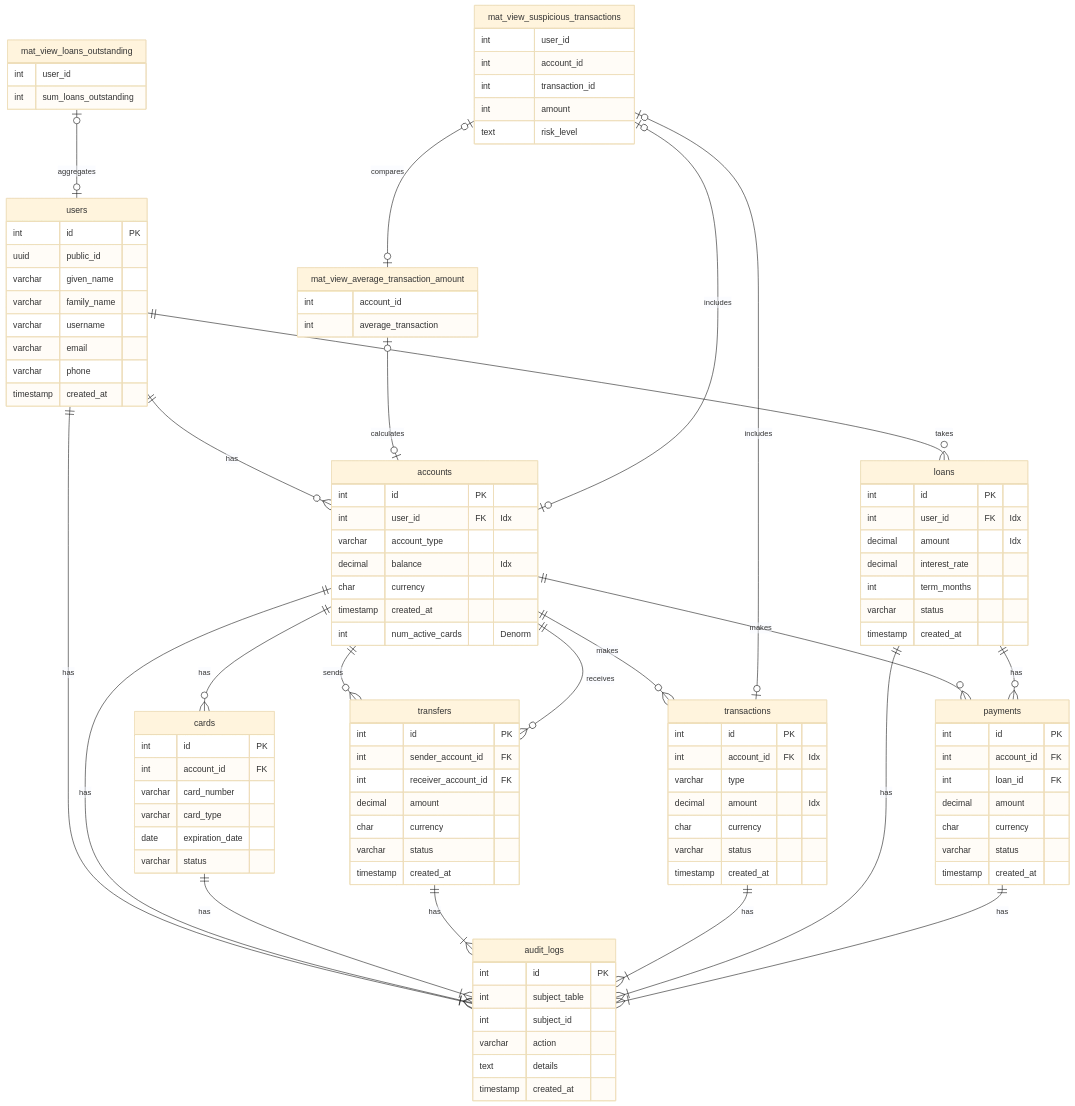
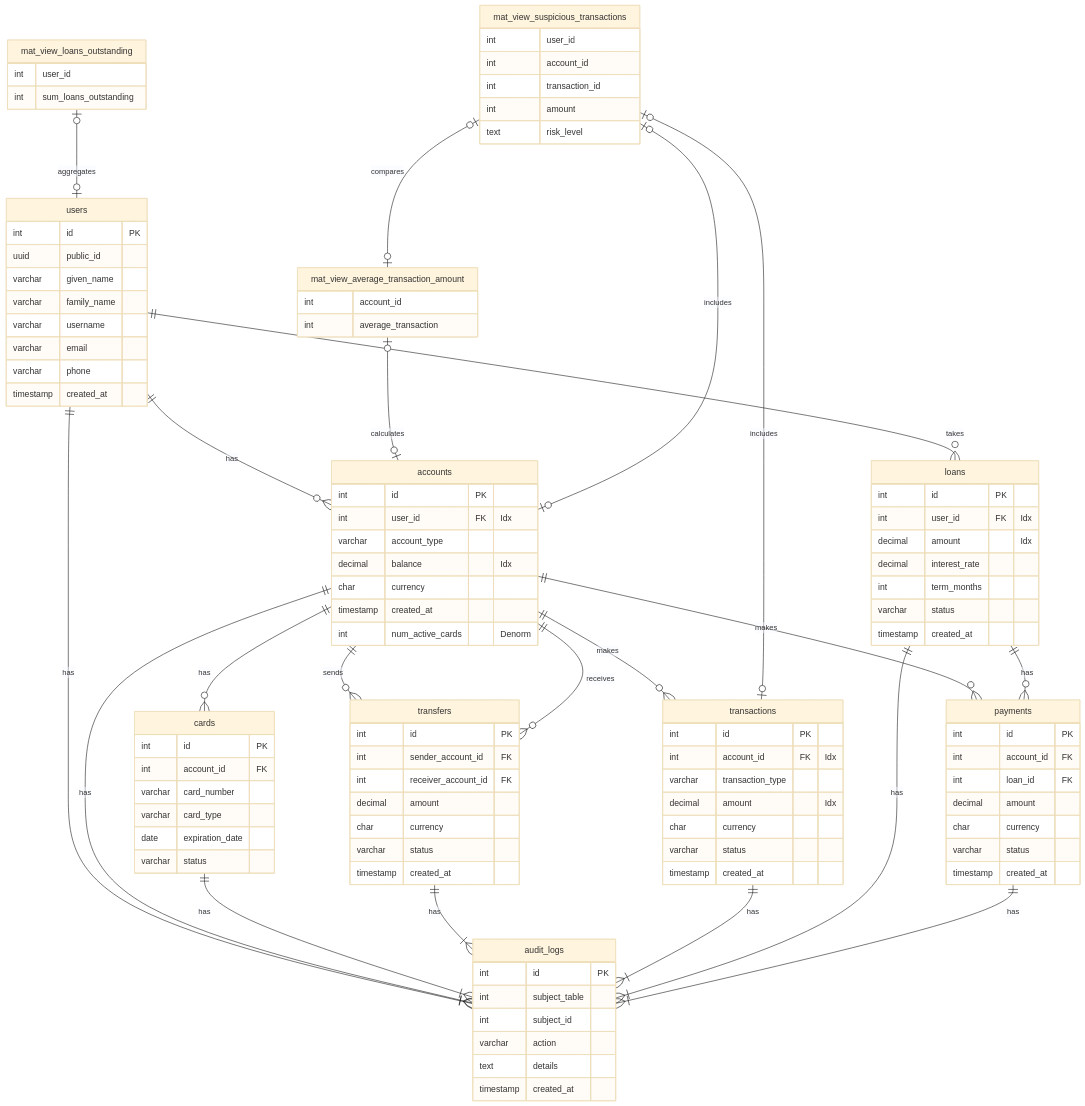
One commit to W-E-Robinson/sql-optimisation-and-caching-experimentation changed the diagram in README.md. Above: the diagram before and after it, drawn with Mermaid (base theme). The commit also changed 4 other files, not shown here.

```diff
--- a/README.md
+++ b/README.md
@@ -67,7 +67,7 @@
     transactions {
         int id PK
         int account_id FK "Idx"
-        varchar type
+        varchar transaction_type
         decimal amount "Idx"
         char currency
         varchar status
```
